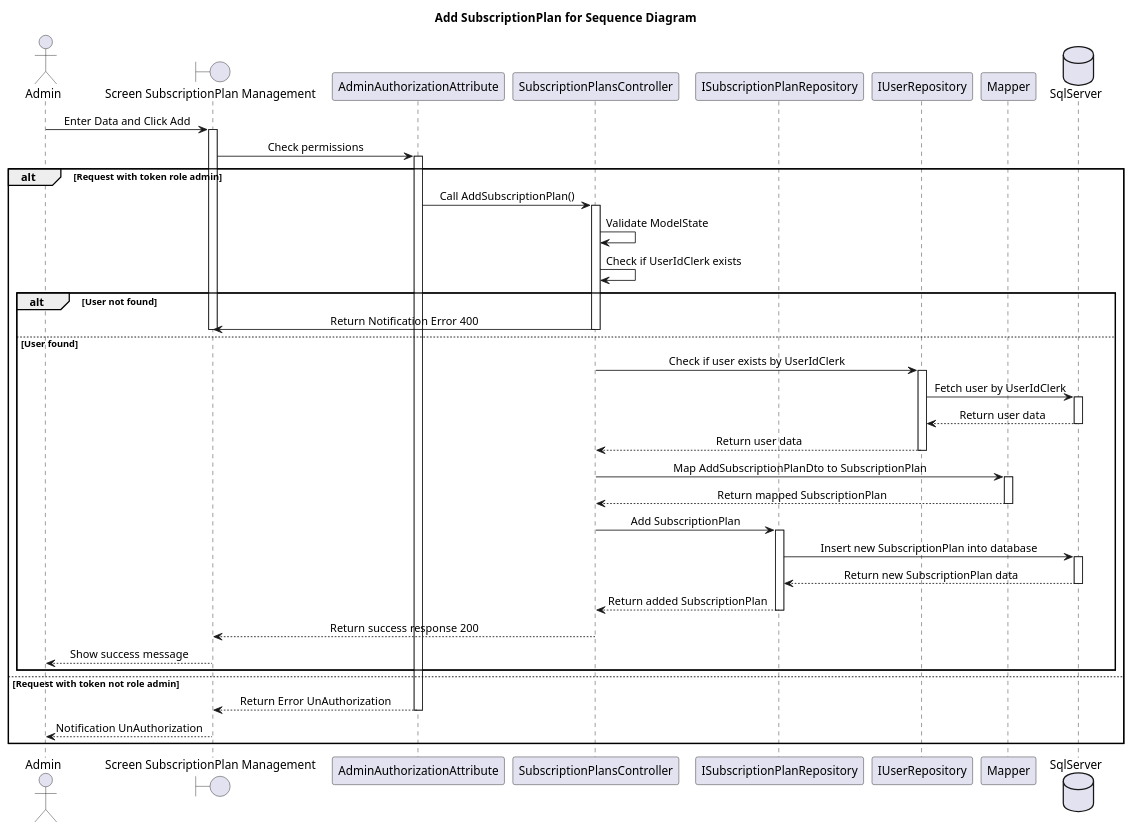
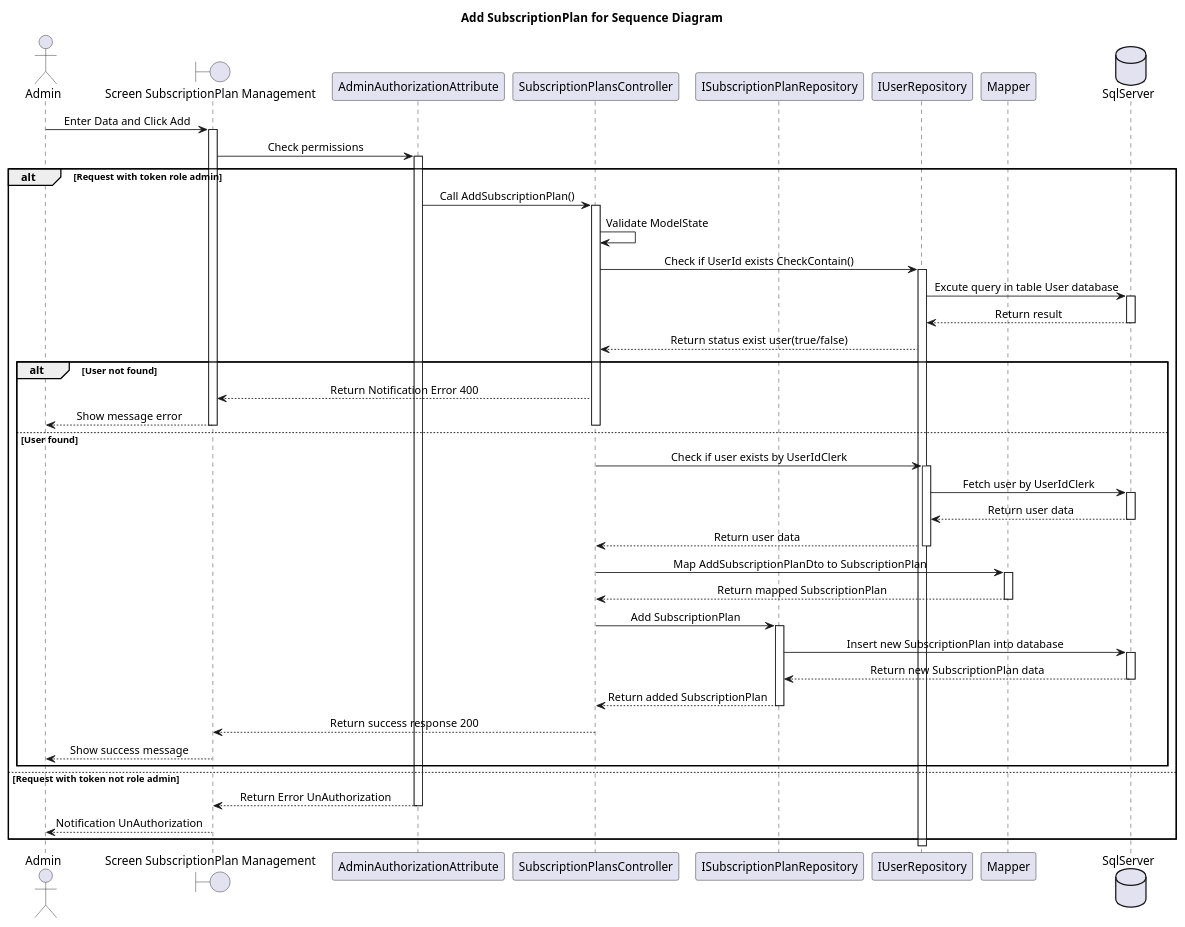
One commit to Caothuludau/InSyncDocument changed the diagram in ClassDiagram/SystemManagement/SubscriptionManagement/AddSubscriptionSequenceDiagram.plantuml. Above: the diagram before and after it, drawn with PlantUML. The commit also changed 53 other files, not shown here.

Commit message:
update diagram

```diff
--- a/ClassDiagram/SystemManagement/SubscriptionManagement/AddSubscriptionSequenceDiagram.plantuml
+++ b/ClassDiagram/SystemManagement/SubscriptionManagement/AddSubscriptionSequenceDiagram.plantuml
@@ -1,67 +1,74 @@
 @startuml
 skinparam classAttributeIconSize 0
 skinparam SequenceMessageAlignment center
 Title Add SubscriptionPlan for  Sequence Diagram
 
 actor "Admin" as U
 boundary " Screen SubscriptionPlan Management " as Hp
 participant "AdminAuthorizationAttribute" as Author
 participant "SubscriptionPlansController" as SubscriptionPlanController
 participant "ISubscriptionPlanRepository" as ISubscriptionPlanRepo
 participant "IUserRepository" as IUserRepo
 
 participant "Mapper" as Mapper
 database "SqlServer" as Db
 
 U -> Hp : Enter Data and Click Add
 activate Hp
 Hp -> Author : Check permissions
 activate Author
 alt Request with token role admin
     Author -> SubscriptionPlanController : Call AddSubscriptionPlan()
     activate SubscriptionPlanController
     SubscriptionPlanController -> SubscriptionPlanController : Validate ModelState
-    SubscriptionPlanController -> SubscriptionPlanController : Check if UserIdClerk exists
+    SubscriptionPlanController -> IUserRepo : Check if UserId exists CheckContain()
+    activate IUserRepo
+    IUserRepo -> Db : Excute query in table User database
+    activate Db
+    Db --> IUserRepo : Return result
+    deactivate Db
+    IUserRepo --> SubscriptionPlanController : Return status exist user(true/false) 
 alt User not found
-    SubscriptionPlanController -> Hp : Return Notification Error 400
+    SubscriptionPlanController --> Hp : Return Notification Error 400
+    Hp --> U : Show message error
     deactivate Hp
     deactivate SubscriptionPlanController
 else User found
     SubscriptionPlanController -> IUserRepo : Check if user exists by UserIdClerk
     activate IUserRepo
     IUserRepo -> Db : Fetch user by UserIdClerk
     activate Db
     Db --> IUserRepo : Return user data
     deactivate Db
     IUserRepo --> SubscriptionPlanController : Return user data
     deactivate IUserRepo
 
     SubscriptionPlanController -> Mapper : Map AddSubscriptionPlanDto to SubscriptionPlan
     activate Mapper
     Mapper --> SubscriptionPlanController : Return mapped SubscriptionPlan
     deactivate Mapper
 
     SubscriptionPlanController -> ISubscriptionPlanRepo : Add SubscriptionPlan
     activate ISubscriptionPlanRepo
     ISubscriptionPlanRepo -> Db : Insert new SubscriptionPlan into database
     activate Db
     Db --> ISubscriptionPlanRepo : Return new SubscriptionPlan data
     deactivate Db
     ISubscriptionPlanRepo --> SubscriptionPlanController : Return added SubscriptionPlan
     deactivate ISubscriptionPlanRepo
 
     SubscriptionPlanController --> Hp : Return success response 200
     deactivate SubscriptionPlanController
     Hp --> U : Show success message
     end
     
 else Request with token not role admin
     Author --> Hp : Return Error UnAuthorization
     deactivate Author
     Hp --> U : Notification UnAuthorization
     deactivate Hp
 end
 
 
 
 @enduml
```
